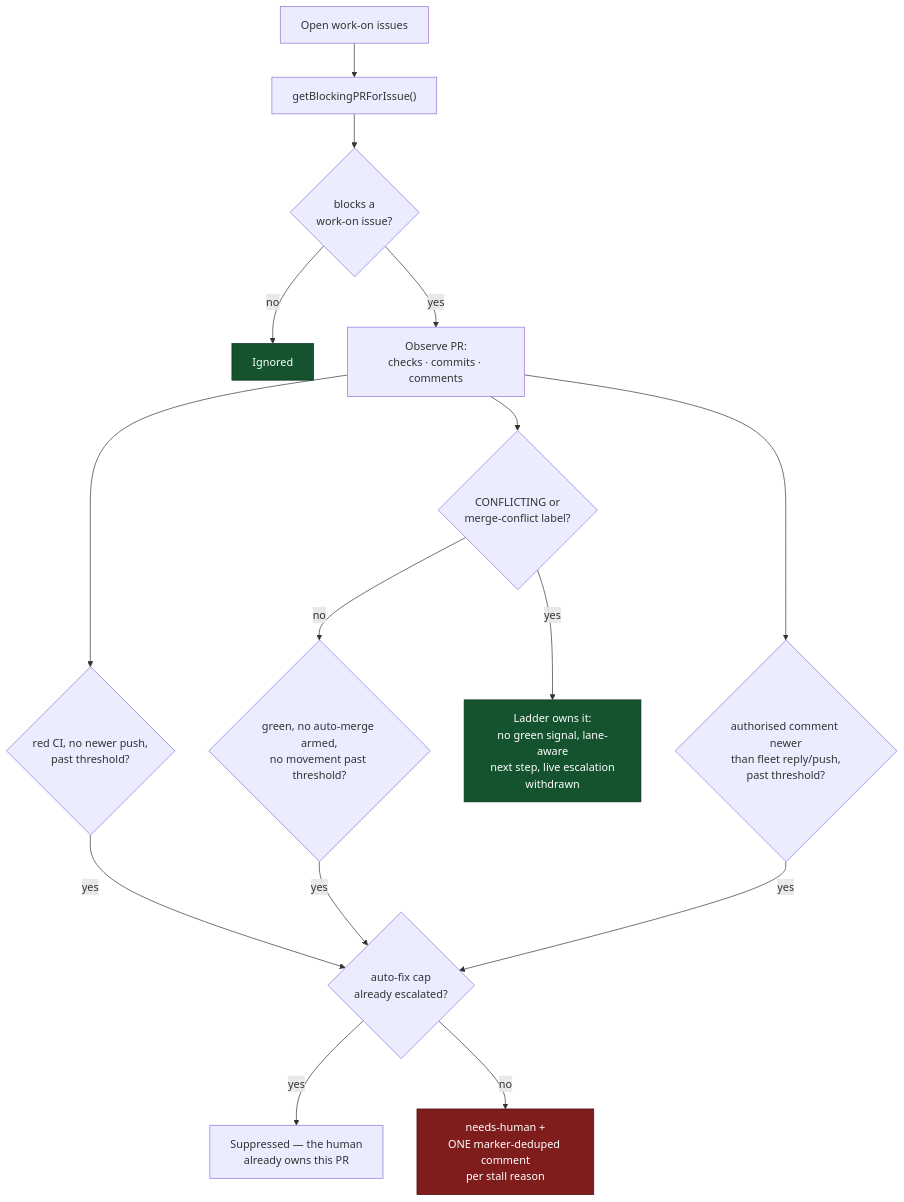
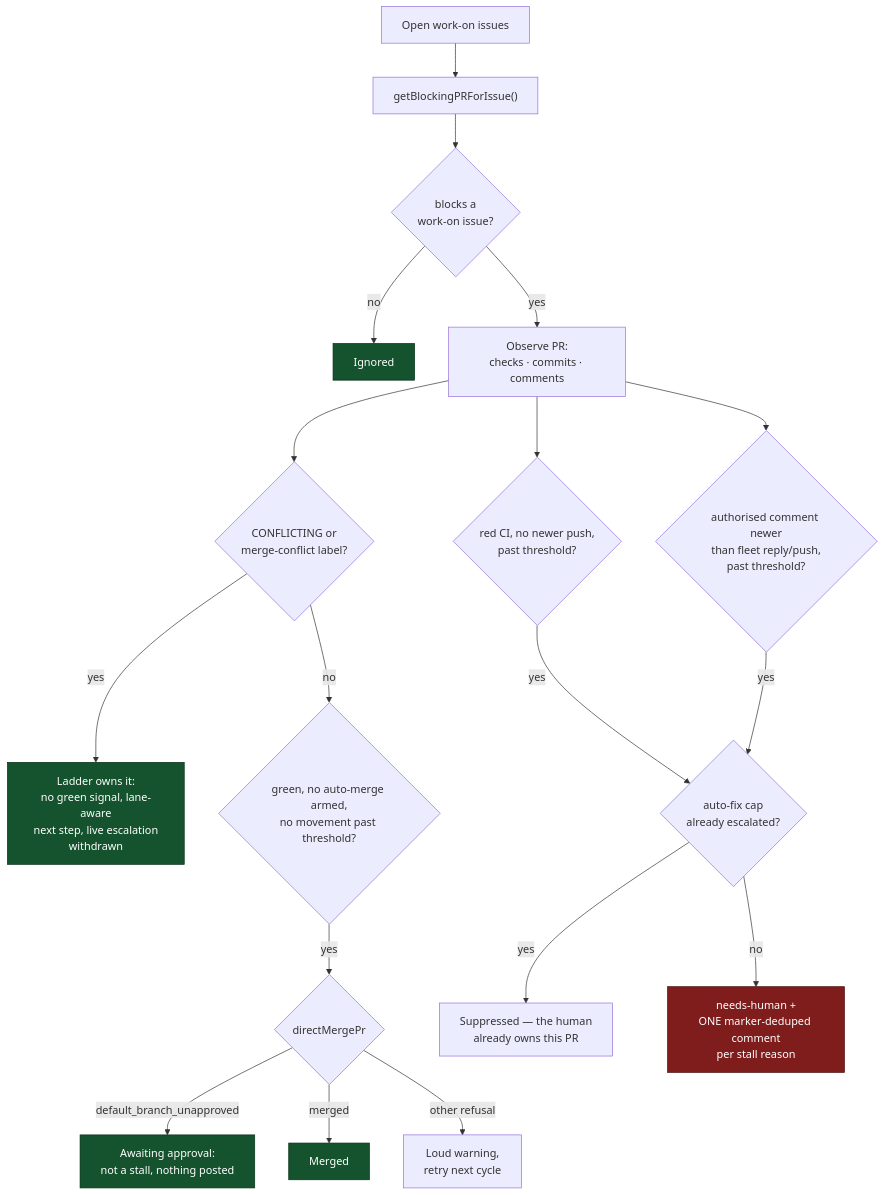
One commit to stSoftwareAU/VibeCoder changed diagram 25 of 27 in docs/CONFIGURATION.md. Above: the diagram before and after it, drawn with Mermaid. The commit also changed other lines of this file and 3 other files, not shown here.

````diff
--- a/docs/CONFIGURATION.md
+++ b/docs/CONFIGURATION.md
@@ -4618,20 +4634,25 @@
 ```mermaid
 flowchart TD
     A["Open work-on issues"] --> B["getBlockingPRForIssue()"]
     B --> C{"blocks a<br/>work-on issue?"}
     C -->|no| D["Ignored"]
     C -->|yes| E["Observe PR:<br/>checks · commits · comments"]
     E --> F{"red CI, no newer push,<br/>past threshold?"}
     E --> G{"authorised comment newer<br/>than fleet reply/push,<br/>past threshold?"}
     E --> L{"CONFLICTING or<br/>merge-conflict label?"}
     L -->|yes| N["Ladder owns it:<br/>no green signal, lane-aware<br/>next step, live escalation<br/>withdrawn"]
     L -->|no| M{"green, no auto-merge armed,<br/>no movement past threshold?"}
+    M -->|yes| P{"directMergePr"}
+    P -->|default_branch_unapproved| Q["Awaiting approval:<br/>not a stall, nothing posted"]
+    P -->|merged| R["Merged"]
+    P -->|other refusal| S["Loud warning,<br/>retry next cycle"]
     F -->|yes| K
-    M -->|yes| K
     G -->|yes| K{"auto-fix cap<br/>already escalated?"}
     K -->|yes| J["Suppressed — the human<br/>already owns this PR"]
     K -->|no| H["needs-human +<br/>ONE marker-deduped comment<br/>per stall reason"]
     style H fill:#7f1d1d,stroke:#450a0a,color:#fff
     style D fill:#14532d,stroke:#052e16,color:#fff
     style N fill:#14532d,stroke:#052e16,color:#fff
+    style Q fill:#14532d,stroke:#052e16,color:#fff
+    style R fill:#14532d,stroke:#052e16,color:#fff
 ```
````
